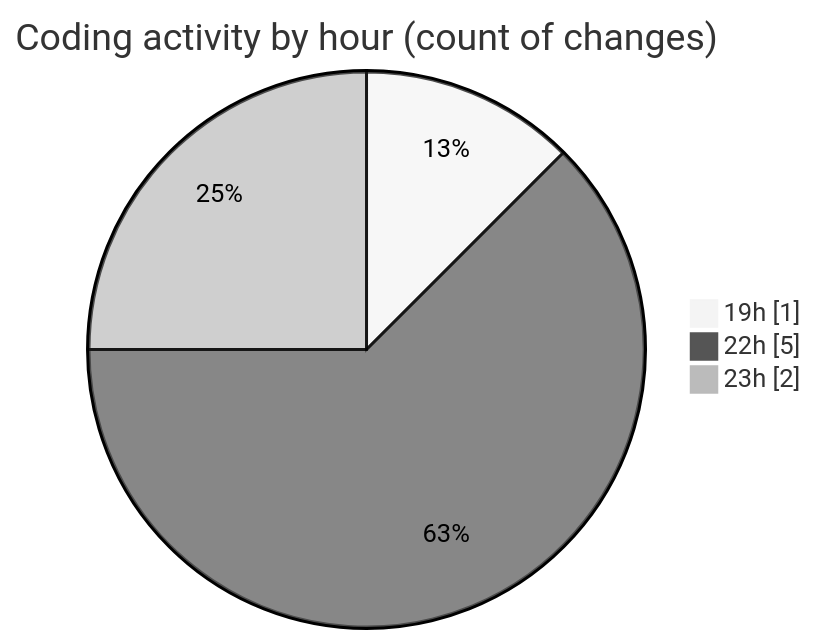
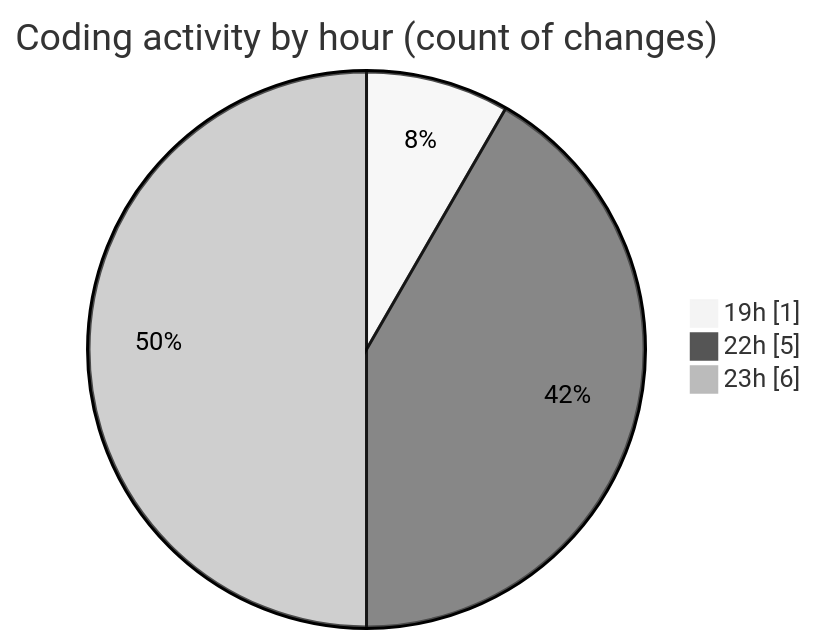
The second of 2 diagrams in 2025-01-23/trackers_app/README.md (donsfak/code-tracking), drawn with Mermaid (neutral theme) before and after one commit. The commit also changed other lines of this file and 1 other file, not shown here.

````diff
--- a/2025-01-23/trackers_app/README.md
+++ b/2025-01-23/trackers_app/README.md
@@ -30,7 +31,7 @@
 ```mermaid
 pie showData
 title Coding activity by hour (count of changes)
 "19h" : 1
 "22h" : 5
-"23h" : 2
+"23h" : 6
 ```
````
